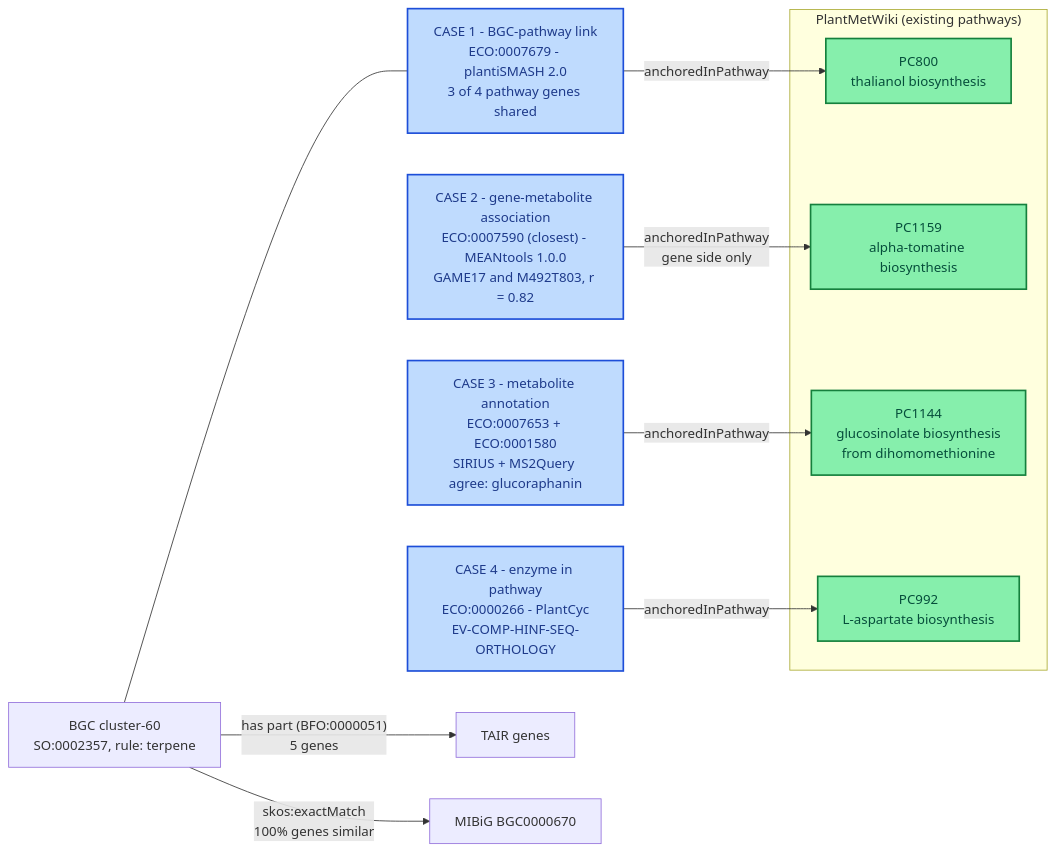
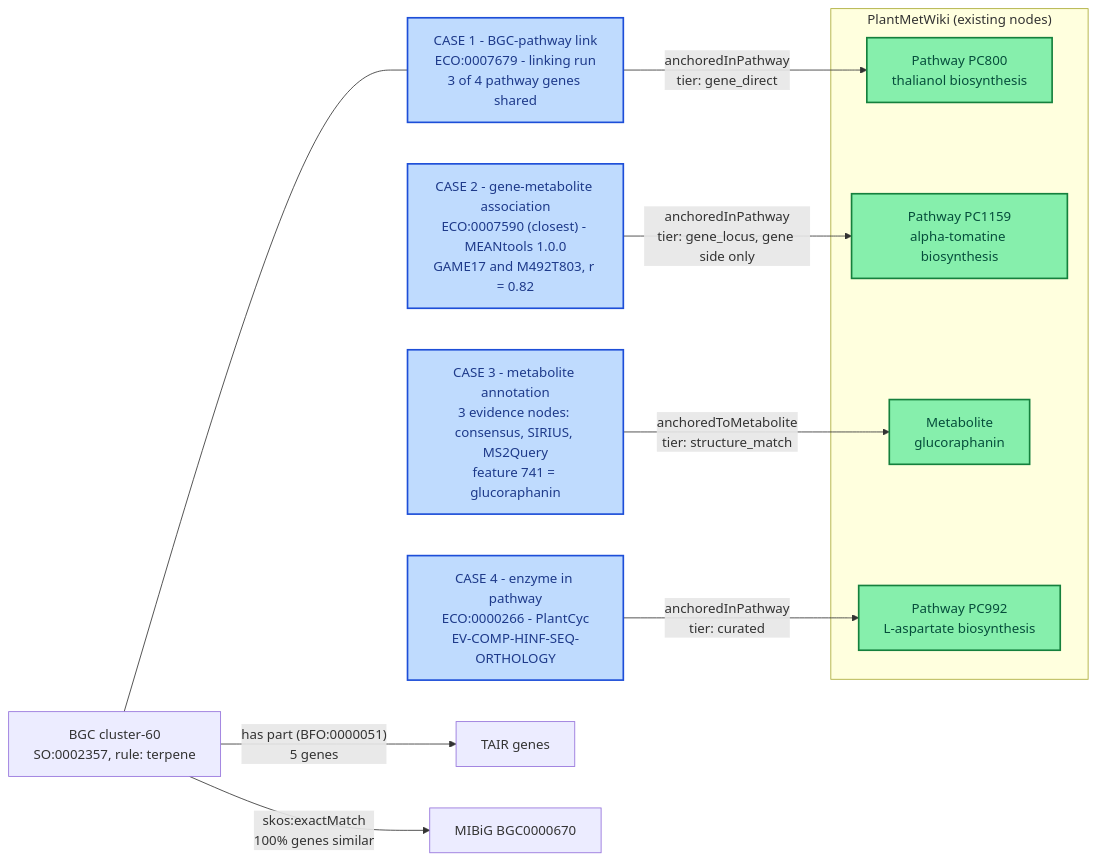
One commit to pathway-lod/lod-pathways-community changed the third of 3 diagrams in README.md. Above: the diagram before and after it, drawn with Mermaid. The commit also changed other lines of this file and 18 other files, not shown here.

````diff
--- a/README.md
+++ b/README.md
@@ -169,28 +211,28 @@
 ```mermaid
 flowchart LR
-  subgraph PMW["PlantMetWiki (existing pathways)"]
-    P800["PC800<br/>thalianol biosynthesis"]
-    P1159["PC1159<br/>alpha-tomatine biosynthesis"]
-    P1144["PC1144<br/>glucosinolate biosynthesis<br/>from dihomomethionine"]
-    P992["PC992<br/>L-aspartate biosynthesis"]
+  subgraph PMW["PlantMetWiki (existing nodes)"]
+    P800["Pathway PC800<br/>thalianol biosynthesis"]
+    P1159["Pathway PC1159<br/>alpha-tomatine biosynthesis"]
+    M1["Metabolite<br/>glucoraphanin"]
+    P992["Pathway PC992<br/>L-aspartate biosynthesis"]
   end
 
-  C1["CASE 1 - BGC-pathway link<br/>ECO:0007679 - plantiSMASH 2.0<br/>3 of 4 pathway genes shared"]
+  C1["CASE 1 - BGC-pathway link<br/>ECO:0007679 - linking run<br/>3 of 4 pathway genes shared"]
   C2["CASE 2 - gene-metabolite association<br/>ECO:0007590 (closest) - MEANtools 1.0.0<br/>GAME17 and M492T803, r = 0.82"]
-  C3["CASE 3 - metabolite annotation<br/>ECO:0007653 + ECO:0001580<br/>SIRIUS + MS2Query agree: glucoraphanin"]
+  C3["CASE 3 - metabolite annotation<br/>3 evidence nodes: consensus, SIRIUS, MS2Query<br/>feature 741 = glucoraphanin"]
   C4["CASE 4 - enzyme in pathway<br/>ECO:0000266 - PlantCyc<br/>EV-COMP-HINF-SEQ-ORTHOLOGY"]
 
   BGC["BGC cluster-60<br/>SO:0002357, rule: terpene"] -- "has part (BFO:0000051)<br/>5 genes" --> G["TAIR genes"]
   BGC -- "skos:exactMatch<br/>100% genes similar" --> MIB["MIBiG BGC0000670"]
   BGC --- C1
 
-  C1 -- "anchoredInPathway" --> P800
-  C2 -- "anchoredInPathway<br/>gene side only" --> P1159
-  C3 -- "anchoredInPathway" --> P1144
-  C4 -- "anchoredInPathway" --> P992
+  C1 -- "anchoredInPathway<br/>tier: gene_direct" --> P800
+  C2 -- "anchoredInPathway<br/>tier: gene_locus, gene side only" --> P1159
+  C3 -- "anchoredToMetabolite<br/>tier: structure_match" --> M1
+  C4 -- "anchoredInPathway<br/>tier: curated" --> P992
 
   classDef claim fill:#bfdbfe,stroke:#1d4ed8,stroke-width:2px,color:#1e3a8a;
   classDef pmw fill:#86efac,stroke:#15803d,stroke-width:2px,color:#064e3b;
   class C1,C2,C3,C4 claim;
-  class P800,P1159,P1144,P992 pmw;
+  class P800,P1159,M1,P992 pmw;
 ```
````
